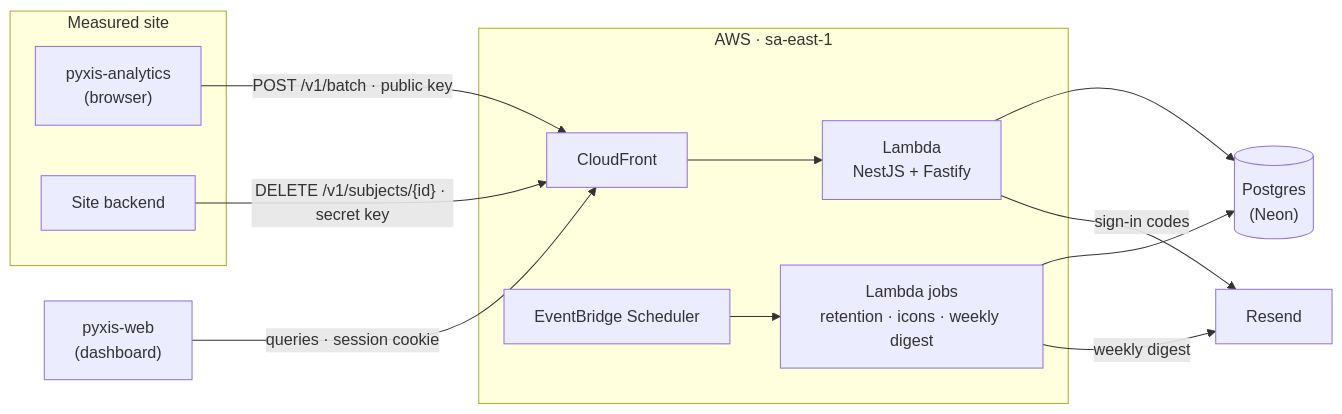
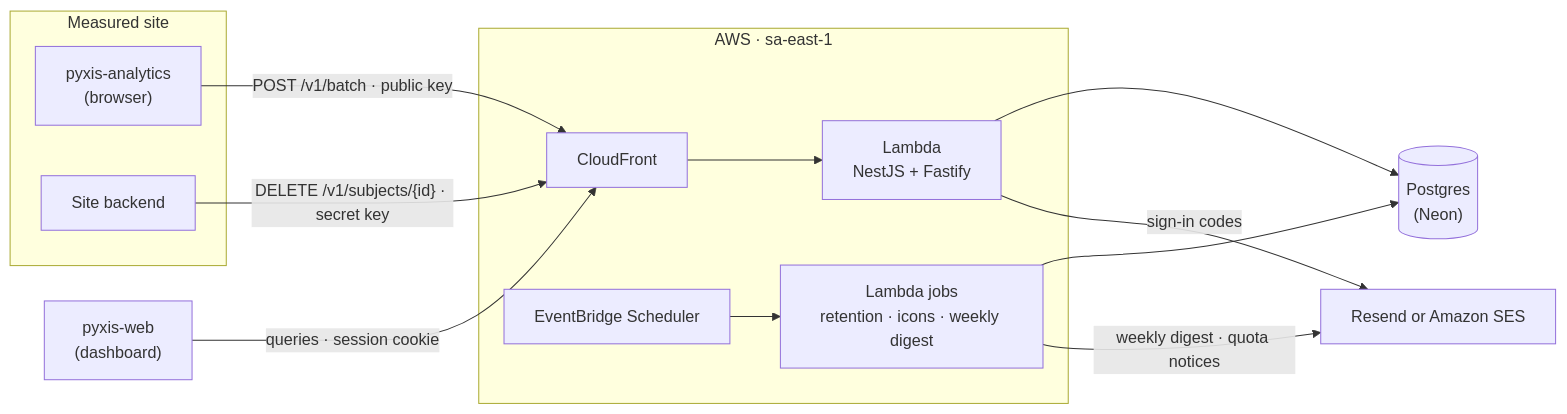
The first of 2 diagrams in README.md (samuelcsantana/pyxis-api), drawn with Mermaid before and after one commit. The commit also changed other lines of this file and 1 other file, not shown here.

First line of the commit message:
docs: describe sending through Amazon SES

````diff
--- a/README.md
+++ b/README.md
@@ -202,21 +202,21 @@
 ```mermaid
 flowchart LR
   subgraph Site["Measured site"]
     SDK["pyxis-analytics<br>(browser)"]
     Backend["Site backend"]
   end
   Dashboard["pyxis-web<br>(dashboard)"]
   subgraph AWS["AWS · sa-east-1"]
     CF["CloudFront"] --> Lambda["Lambda<br>NestJS + Fastify"]
     Scheduler["EventBridge Scheduler"] --> Jobs["Lambda jobs<br>retention · icons · weekly digest"]
   end
   DB[("Postgres<br>(Neon)")]
-  Resend["Resend"]
+  Mail["Resend or Amazon SES"]
   SDK -- "POST /v1/batch · public key" --> CF
   Dashboard -- "queries · session cookie" --> CF
   Backend -- "DELETE /v1/subjects/{id} · secret key" --> CF
   Lambda --> DB
   Jobs --> DB
-  Lambda -- "sign-in codes" --> Resend
-  Jobs -- "weekly digest" --> Resend
+  Lambda -- "sign-in codes" --> Mail
+  Jobs -- "weekly digest · quota notices" --> Mail
 ```
````
